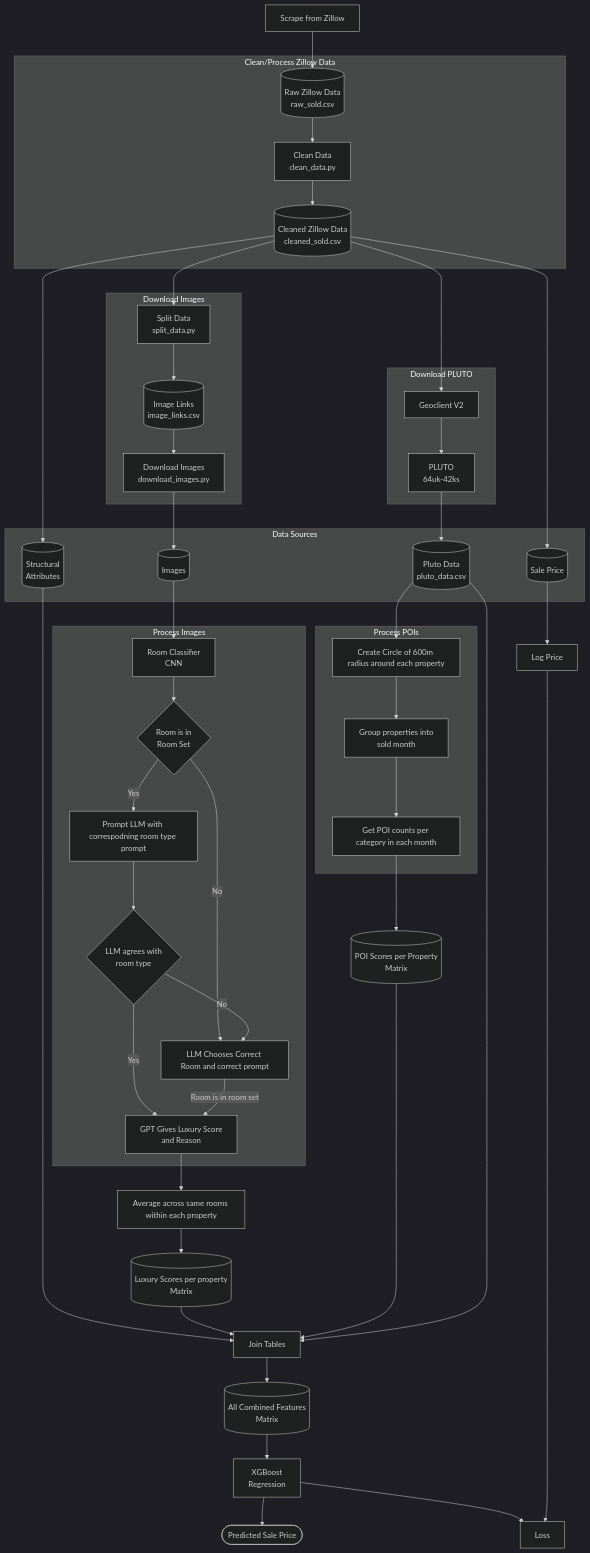
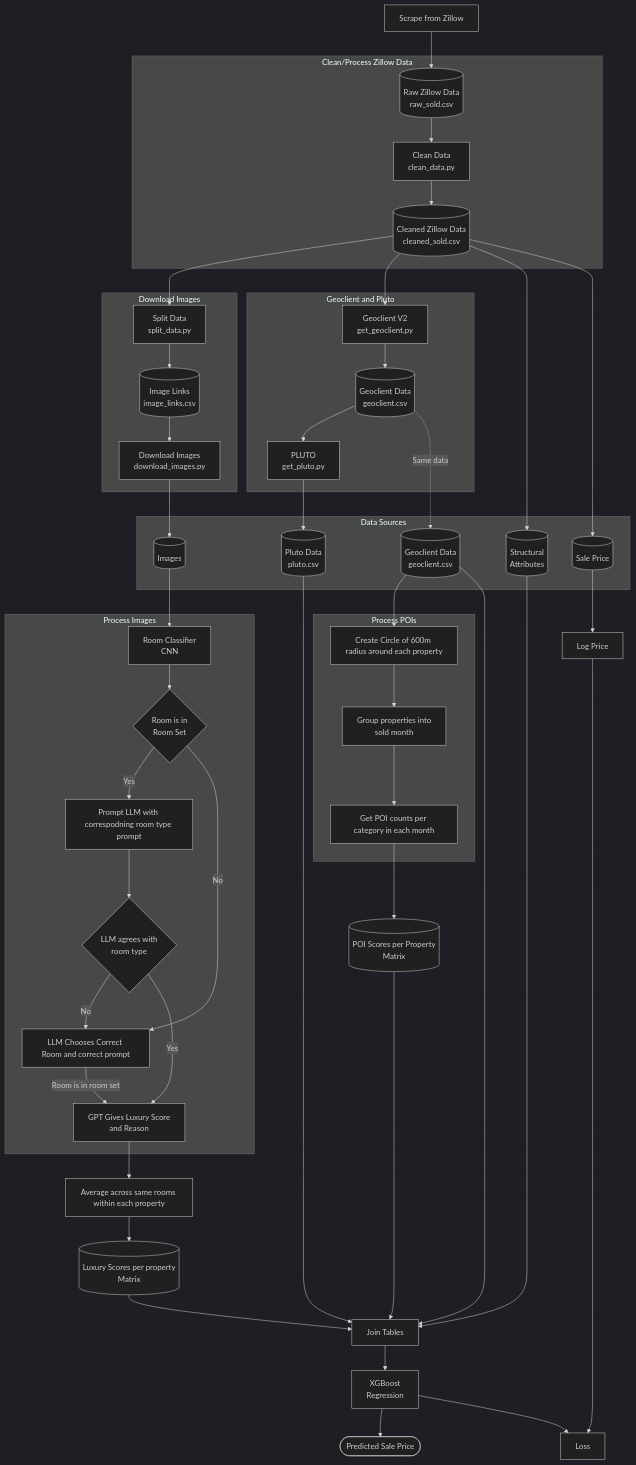
The diagram in pipeline.md (skywat1/CompEdge), drawn with Mermaid (dark theme) before and after one commit. The commit also changed 3 other files, not shown here.

Commit message:
get_geoclient.py done

````diff
--- a/pipeline.md
+++ b/pipeline.md
@@ -1,73 +1,77 @@
 ```mermaid
 flowchart TD
 
     SCRAPE[Scrape from Zillow]
 
     subgraph CLEAN_ZILLOW[Clean/Process Zillow Data]
         ZRAW[(Raw Zillow Data <br/> raw_sold.csv)]
         ZRAW --> ZCLEAN[Clean Data <br/> clean_data.py]
         ZCLEAN --> ZCLEANED[(Cleaned Zillow Data <br/> cleaned_sold.csv)]
     end
 
     subgraph DOWNLOAD_IMAGES_GRAPH[Download Images]
         ZCLEANED --> SPLIT[Split Data <br/> split_data.py]
         SPLIT --> IMAGE_LINKS[(Image Links <br/> image_links.csv)]
         IMAGE_LINKS --> DOWNLOAD_IMAGES[Download Images <br/> download_images.py]
     end
 
-    subgraph DOWNLOAD_PLUTO[Download PLUTO]
-        ZCLEANED --> GET_BBL[Geoclient V2]
-        GET_BBL --> PLUTO[PLUTO <br/> 64uk-42ks]
+    SCRAPE --> ZRAW
+    DOWNLOAD_IMAGES --> IMAGES
+
+    subgraph GEOCLIENT_PLUTO[Geoclient and Pluto]
+        ZCLEANED --> GEOCLIENT[Geoclient V2 <br/> get_geoclient.py]
+        GEOCLIENT --> GEOCLIENT_DATA_SRC[(Geoclient Data <br/> geoclient.csv)]
+        GEOCLIENT_DATA_SRC -->  PLUTO[PLUTO <br/> get_pluto.py]
     end
 
-    SCRAPE --> ZRAW
-    DOWNLOAD_IMAGES --> IMAGES
+    GEOCLIENT_DATA_SRC -.-> |Same data| GEOCLIENT_DATA
     PLUTO --> PLUTO_DATA
 
     subgraph DATA_SRC[Data Sources]
         STRUCT_ATTR[(Structural<br/>Attributes)]
         IMAGES[(Images)]
         PRICE[(Sale Price)]
-        PLUTO_DATA[(Pluto Data <br/> pluto_data.csv)]
+        GEOCLIENT_DATA[(Geoclient Data <br/> geoclient.csv)]
+        PLUTO_DATA[(Pluto Data <br/> pluto.csv)]
     end
 
     ZCLEANED --> STRUCT_ATTR
     ZCLEANED --> PRICE
 
     IMAGES --> ROOM_CNN
 
     subgraph IMAGES_PROC[Process Images]
         ROOM_CNN[Room Classifier <br/> CNN]
         ROOM_CNN --> IN_ROOM_SET{Room is in <br/> Room Set}
         IN_ROOM_SET --> |Yes| LLM_IMG_PROMPT[Prompt LLM with correspodning room type prompt]
         IN_ROOM_SET --> |No| LLM_CHOOSE_ROOM
         LLM_IMG_PROMPT --> LLM_AGREES{LLM agrees with <br/> room type}
         LLM_AGREES --> |No| LLM_CHOOSE_ROOM[LLM Chooses Correct Room and correct prompt]
         LLM_AGREES --> |Yes| LLM_SCORE[GPT Gives Luxury Score <br/> and Reason]
         LLM_CHOOSE_ROOM --> |Room is in room set| LLM_SCORE
     end
 
     LLM_SCORE --> AGGR_PHOTOS[Average across same rooms within each property]
     AGGR_PHOTOS --> IMG_MATRIX[(Luxury Scores per property<br/>Matrix)]
 
     subgraph POI_PROC[Process POIs]
-        PLUTO_DATA --> CREATE_CIRCLES[Create Circle of 600m radius around each property]
+        GEOCLIENT_DATA --> CREATE_CIRCLES[Create Circle of 600m radius around each property]
         CREATE_CIRCLES --> POI_DATE_AGGR[Group properties into <br/> sold month]
         POI_DATE_AGGR --> OHSOME[Get POI counts per category in each month]
     end
 
     OHSOME --> POI_MATRIX[(POI Scores per Property <br/> Matrix)]
 
     JOIN_TABLES[Join Tables]
     STRUCT_ATTR --> JOIN_TABLES
     IMG_MATRIX --> JOIN_TABLES
     POI_MATRIX --> JOIN_TABLES
     PLUTO_DATA --> JOIN_TABLES
-    JOIN_TABLES --> ALL_FEATURES[(All Combined Features <br/> Matrix)]
+    GEOCLIENT_DATA --> JOIN_TABLES
 
-    ALL_FEATURES --> XGBOOST[XGBoost <br/> Regression]
+    JOIN_TABLES --> XGBOOST[XGBoost <br/> Regression]
     XGBOOST --> PRICE_PRED([Predicted Sale Price])
     XGBOOST --> LOSS[Loss]
     PRICE --> LOG_PRICE[Log Price]
     LOG_PRICE --> LOSS
 ```
````
